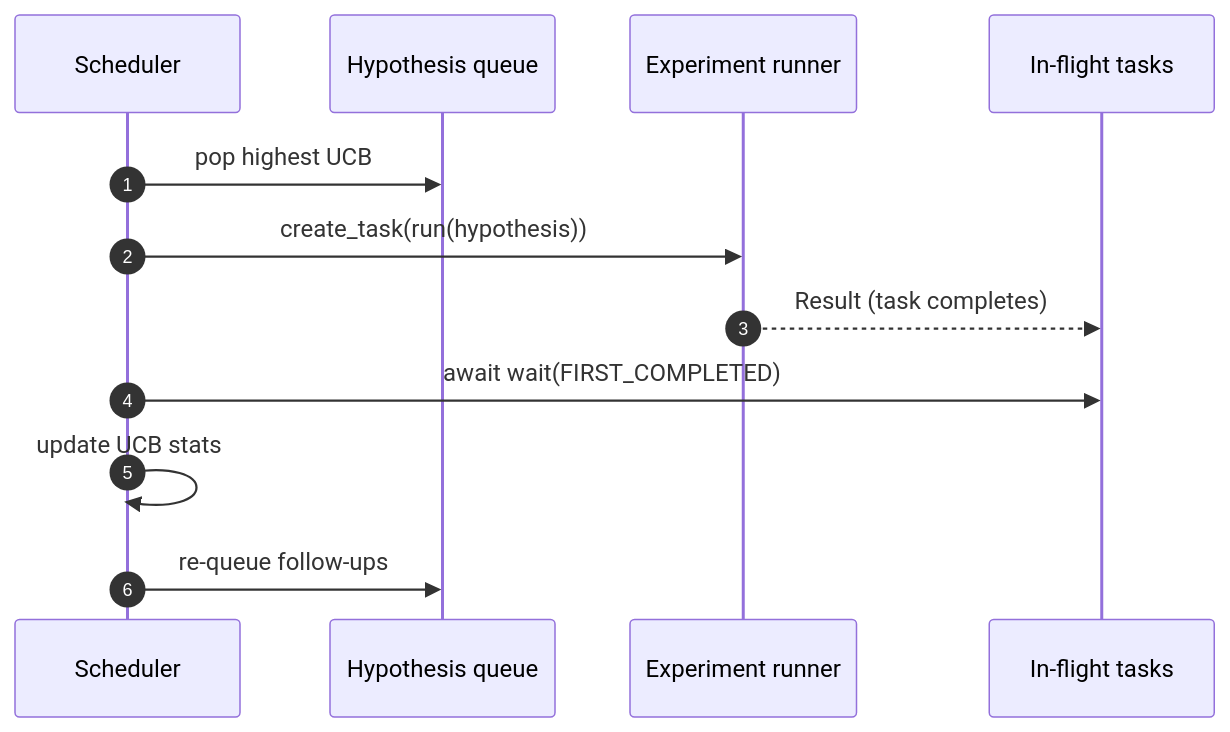
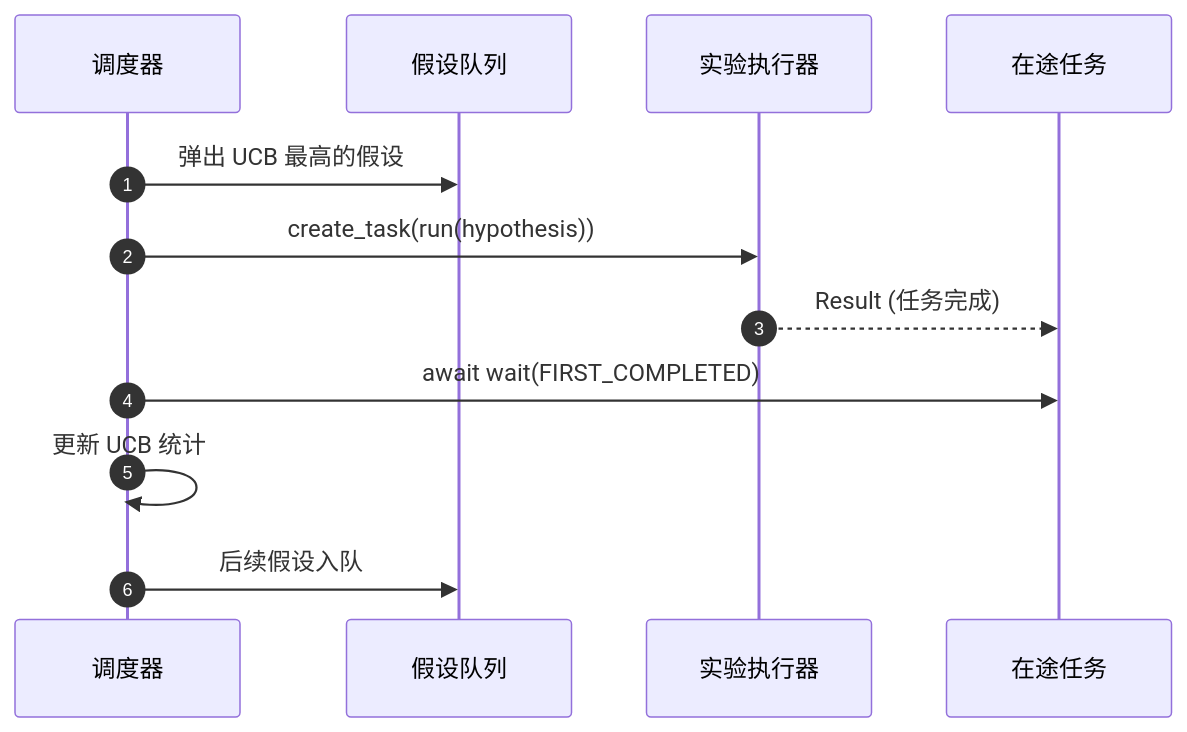
One commit to alessandrodinisio-ai/ai-engineering-learning-framework changed the third of 3 diagrams in phases/19-capstone-projects/56-iteration-scheduler/docs/zh.md. Above: the diagram before and after it, drawn with Mermaid. The commit also changed other lines of this file and 120 other files, not shown here.

First line of the commit message:
i18n(mermaid): 337 个 mermaid 图表标签中文化

````diff
--- a/phases/19-capstone-projects/56-iteration-scheduler/docs/zh.md
+++ b/phases/19-capstone-projects/56-iteration-scheduler/docs/zh.md
@@ -72,14 +72,14 @@
 ```mermaid
 sequenceDiagram
     autonumber
-    participant S as Scheduler
-    participant Q as Hypothesis queue
-    participant R as Experiment runner
-    participant T as In-flight tasks
-    S->>Q: pop highest UCB
+    participant S as 调度器
+    participant Q as 假设队列
+    participant R as 实验执行器
+    participant T as 在途任务
+    S->>Q: 弹出 UCB 最高的假设
     S->>R: create_task(run(hypothesis))
-    R-->>T: Result (task completes)
+    R-->>T: Result (任务完成)
     S->>T: await wait(FIRST_COMPLETED)
-    S->>S: update UCB stats
-    S->>Q: re-queue follow-ups
+    S->>S: 更新 UCB 统计
+    S->>Q: 后续假设入队
 ```
````
